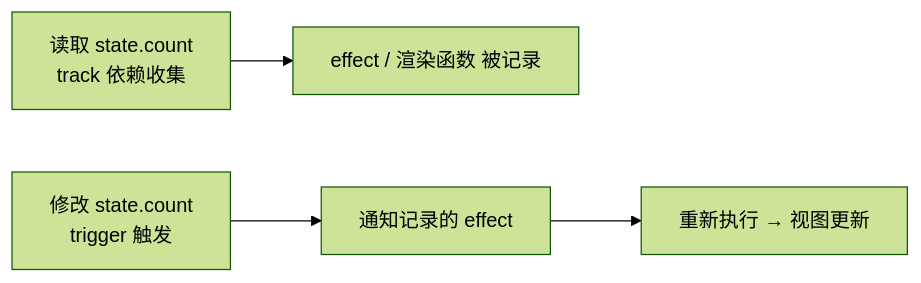
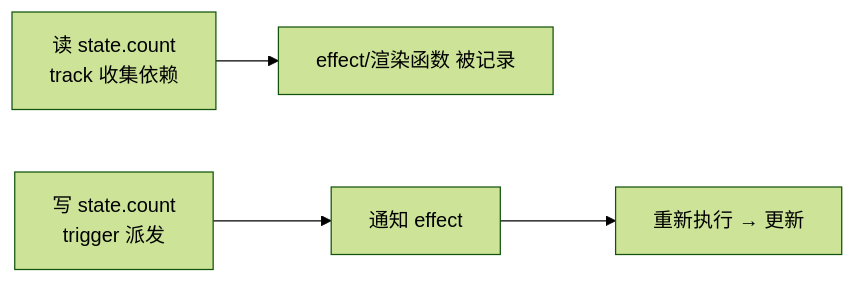
One commit to inspire-man/frontend-knowledge-base changed the diagram in frontend-knowledge-base/卷六-框架核心Vue3/6.1-响应式系统原理.md. Above: the diagram before and after it, drawn with Mermaid (forest theme). The commit also changed other lines of this file and 6 other files, not shown here.

````diff
--- a/frontend-knowledge-base/卷六-框架核心Vue3/6.1-响应式系统原理.md
+++ b/frontend-knowledge-base/卷六-框架核心Vue3/6.1-响应式系统原理.md
@@ -25,6 +16,6 @@
 ```mermaid
 flowchart LR
-    A[读取 state.count<br/>track 依赖收集] --> B[effect / 渲染函数 被记录]
-    C[修改 state.count<br/>trigger 触发] --> D[通知记录的 effect]
-    D --> E[重新执行 → 视图更新]
+    A[读 state.count<br/>track 收集依赖] --> B[effect/渲染函数 被记录]
+    C[写 state.count<br/>trigger 派发] --> D[通知 effect]
+    D --> E[重新执行 → 更新]
 ```
````
